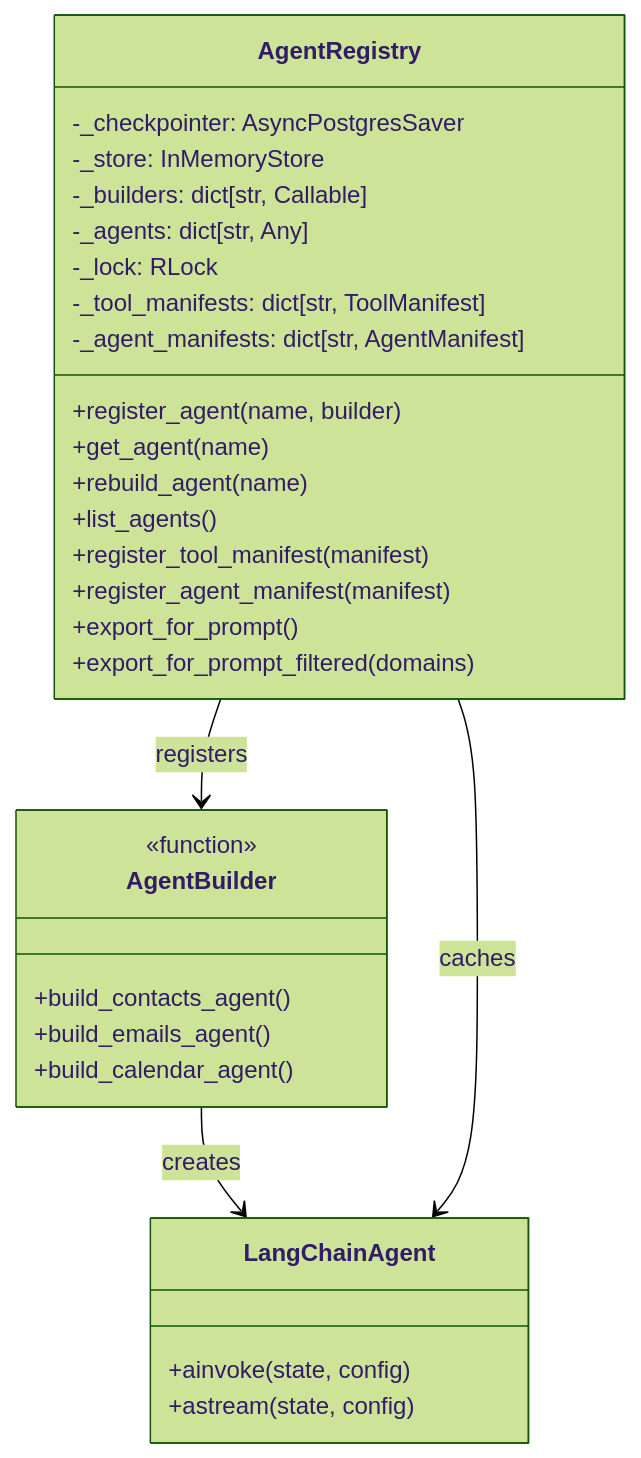
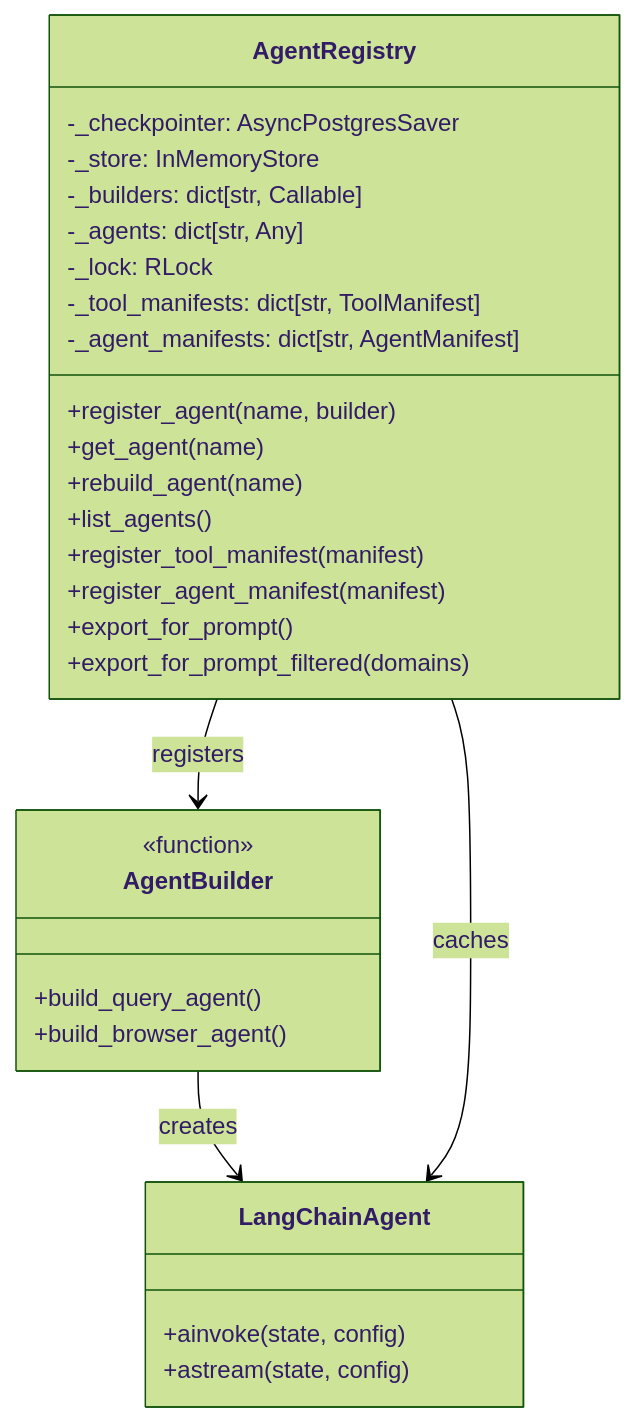
The third of 6 diagrams in docs/technical/AGENTS.md (jgouviergmail/LIA-Assistant), drawn with Mermaid (forest theme) before and after one commit. The commit also changed other lines of this file and 612 other files, not shown here.

````diff
--- a/docs/technical/AGENTS.md
+++ b/docs/technical/AGENTS.md
@@ -312,36 +288,35 @@
 ```mermaid
 classDiagram
     class AgentRegistry {
         -_checkpointer: AsyncPostgresSaver
         -_store: InMemoryStore
         -_builders: dict[str, Callable]
         -_agents: dict[str, Any]
         -_lock: RLock
         -_tool_manifests: dict[str, ToolManifest]
         -_agent_manifests: dict[str, AgentManifest]
         +register_agent(name, builder)
         +get_agent(name)
         +rebuild_agent(name)
         +list_agents()
         +register_tool_manifest(manifest)
         +register_agent_manifest(manifest)
         +export_for_prompt()
         +export_for_prompt_filtered(domains)
     }
 
     class AgentBuilder {
         <<function>>
-        +build_contacts_agent()
-        +build_emails_agent()
-        +build_calendar_agent()
+        +build_query_agent()
+        +build_browser_agent()
     }
 
     class LangChainAgent {
         +ainvoke(state, config)
         +astream(state, config)
     }
 
     AgentRegistry --> AgentBuilder : registers
     AgentBuilder --> LangChainAgent : creates
     AgentRegistry --> LangChainAgent : caches
 ```
````
